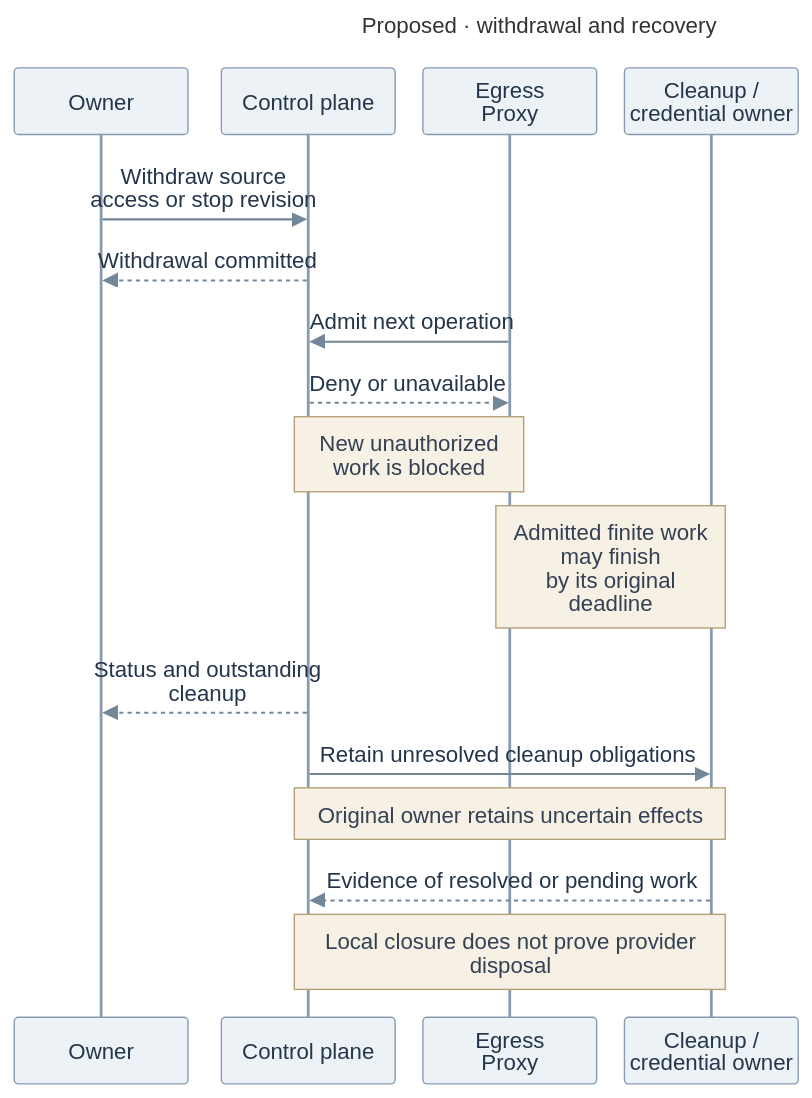
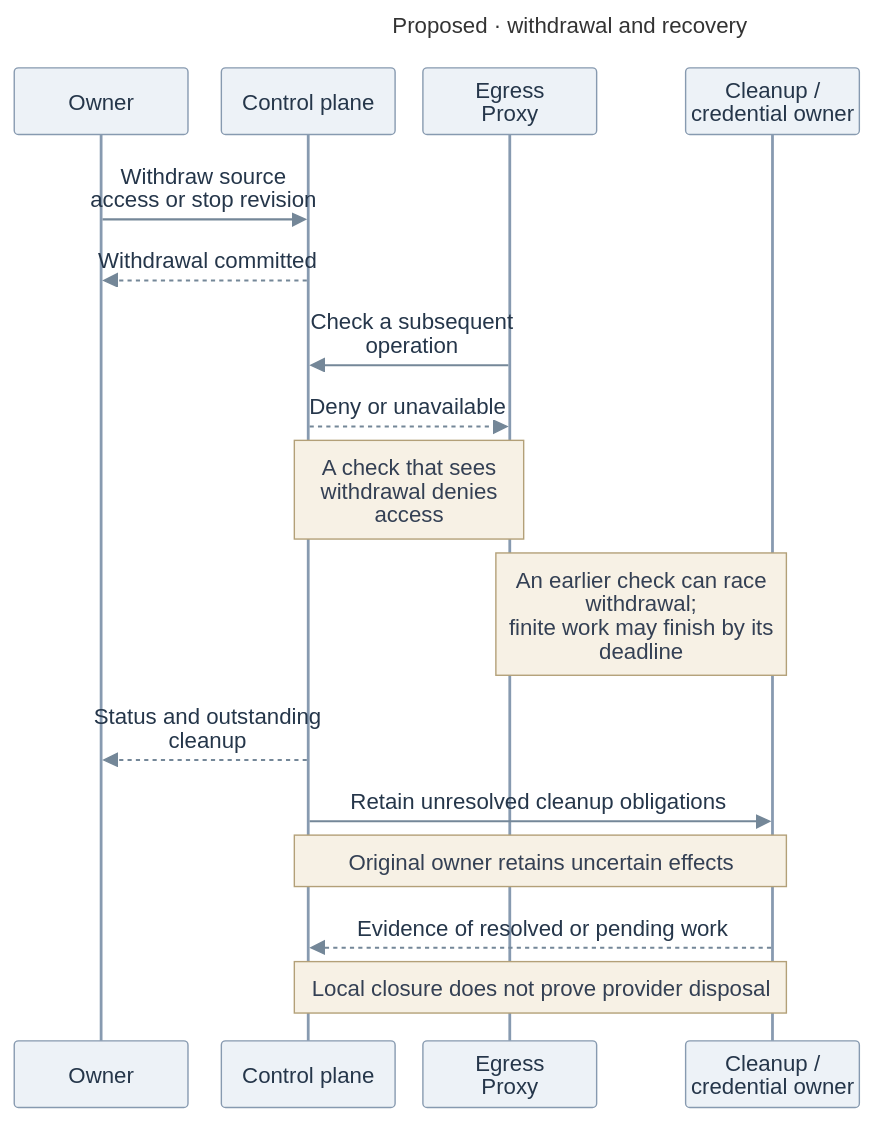
Before and after one commit to freeqaz-openai/openclaw-enterprise: the diagram in specs/rfcs/0019-egress-proxy-credential-lifecycle/assets/revocation-recovery.mmd, drawn with Mermaid. The commit also changed 7 other files, not shown here.

```diff
--- a/specs/rfcs/0019-egress-proxy-credential-lifecycle/assets/revocation-recovery.mmd
+++ b/specs/rfcs/0019-egress-proxy-credential-lifecycle/assets/revocation-recovery.mmd
@@ -1,43 +1,43 @@
 ---
 title: "Proposed · withdrawal and recovery"
 config:
   theme: base
   themeVariables:
     fontFamily: "Arial, sans-serif"
     fontSize: "16px"
     actorBkg: "#EDF2F7"
     actorBorder: "#879AB0"
     actorTextColor: "#25364A"
     noteBkgColor: "#F7F1E5"
     noteBorderColor: "#B3A078"
     noteTextColor: "#344054"
     signalColor: "#748798"
     signalTextColor: "#25364A"
   sequence:
     useMaxWidth: false
     actorMargin: 20
     width: 125
     height: 48
     diagramMarginX: 16
     diagramMarginY: 16
     messageMargin: 20
     noteMargin: 10
     mirrorActors: true
     wrap: true
 ---
 sequenceDiagram
   participant O as Owner
   participant C as Control plane
   participant G as Egress<br/>Proxy
   participant R as Cleanup /<br/>credential owner
   O->>C: Withdraw source access or stop revision
   C-->>O: Withdrawal committed
-  G->>C: Admit next operation
+  G->>C: Check a subsequent operation
   C-->>G: Deny or unavailable
-  Note over C,G: New unauthorized work is blocked
-  Note over G,R: Admitted finite work may finish<br/>by its original deadline
+  Note over C,G: A check that sees withdrawal denies access
+  Note over G,R: An earlier check can race withdrawal#59;<br/>finite work may finish by its deadline
   C-->>O: Status and outstanding cleanup
   C->>R: Retain unresolved cleanup obligations
   Note over C,R: Original owner retains uncertain effects
   R-->>C: Evidence of resolved or pending work
   Note over C,R: Local closure does not prove provider disposal
```
